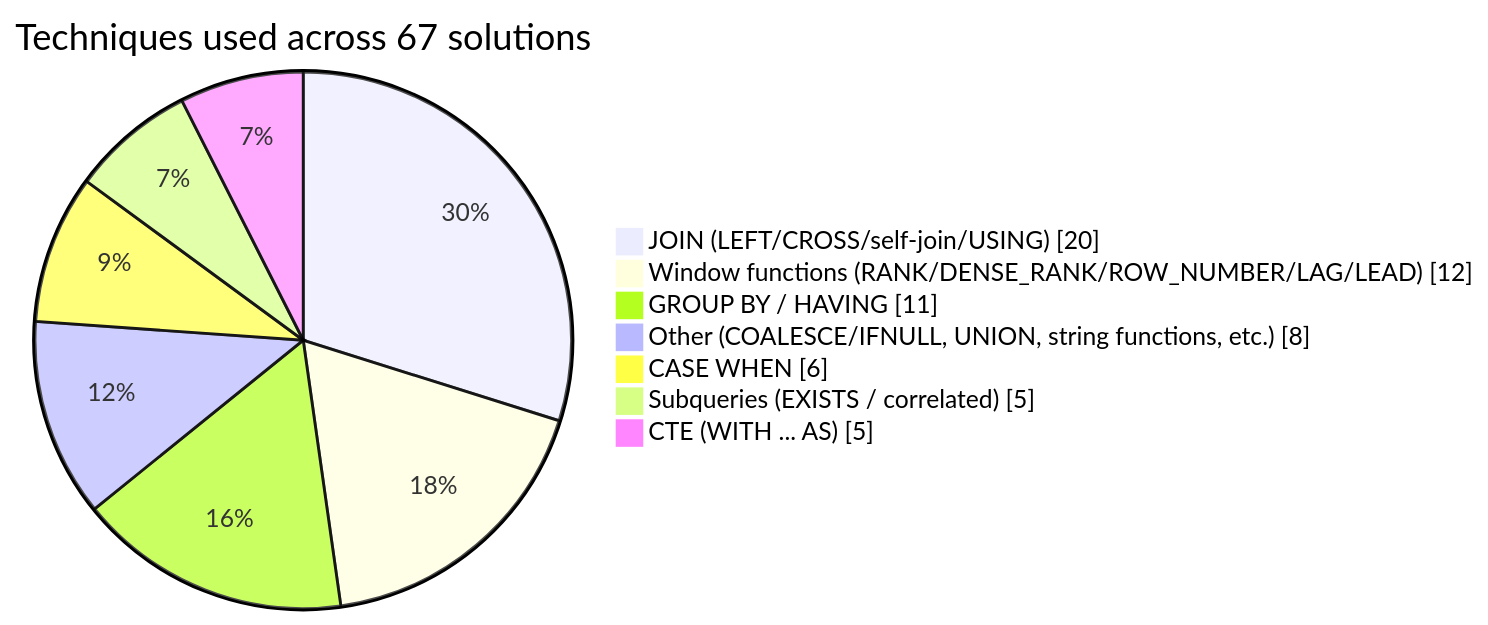
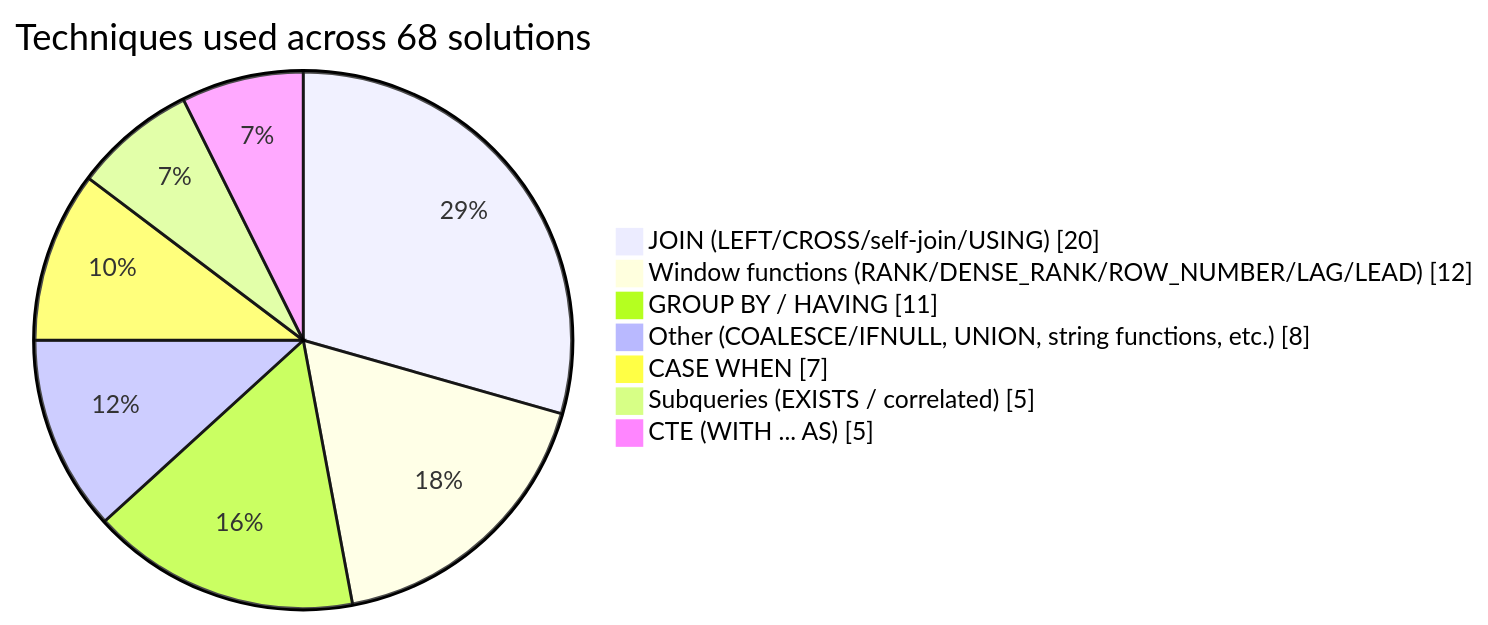
One commit to ruhlanrzayev/LeetCode_SQL_Problems changed the diagram in README.md. Above: the diagram before and after it, drawn with Mermaid. The commit also changed other lines of this file, not shown here.

Commit message:
chore: auto-update technique breakdown chart

````diff
--- a/README.md
+++ b/README.md
@@ -11,11 +11,11 @@
 ```mermaid
 pie showData
-    title Techniques used across 67 solutions
+    title Techniques used across 68 solutions
     "JOIN (LEFT/CROSS/self-join/USING)" : 20
     "Window functions (RANK/DENSE_RANK/ROW_NUMBER/LAG/LEAD)" : 12
     "GROUP BY / HAVING" : 11
     "Other (COALESCE/IFNULL, UNION, string functions, etc.)" : 8
-    "CASE WHEN" : 6
+    "CASE WHEN" : 7
     "Subqueries (EXISTS / correlated)" : 5
     "CTE (WITH ... AS)" : 5
 ```
````
